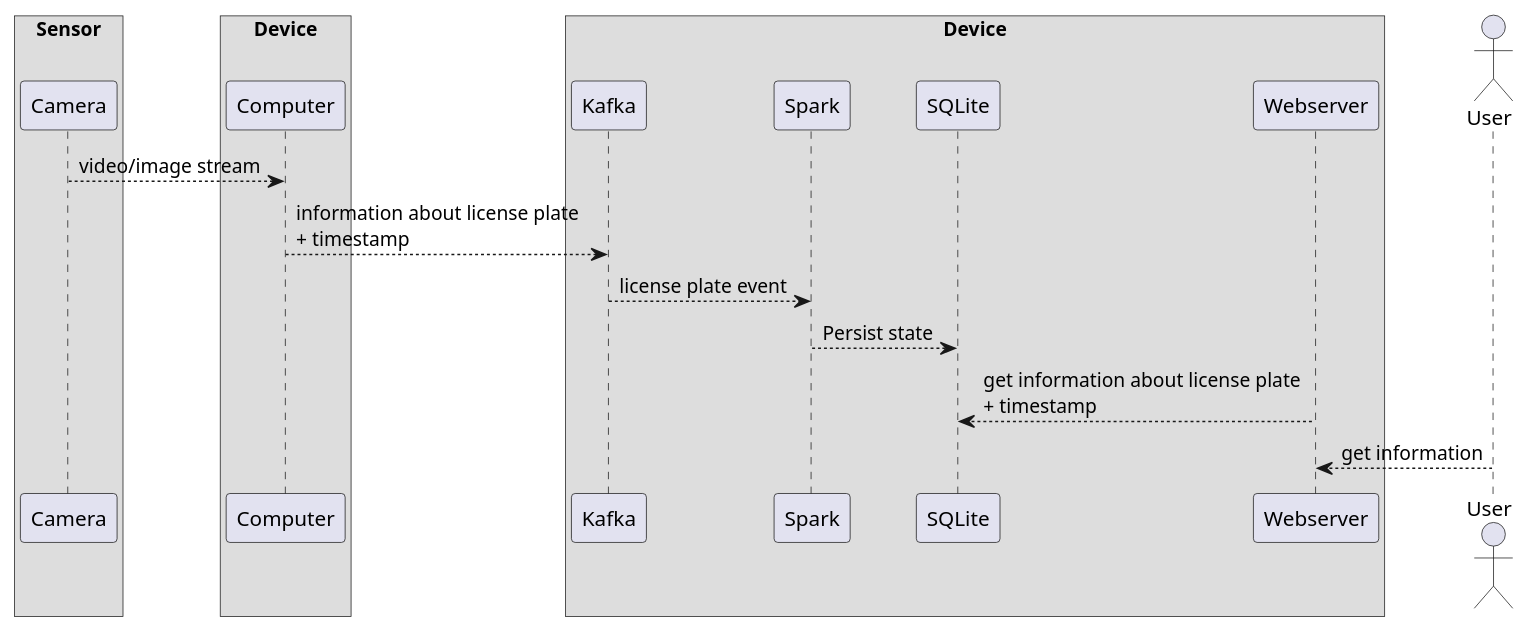
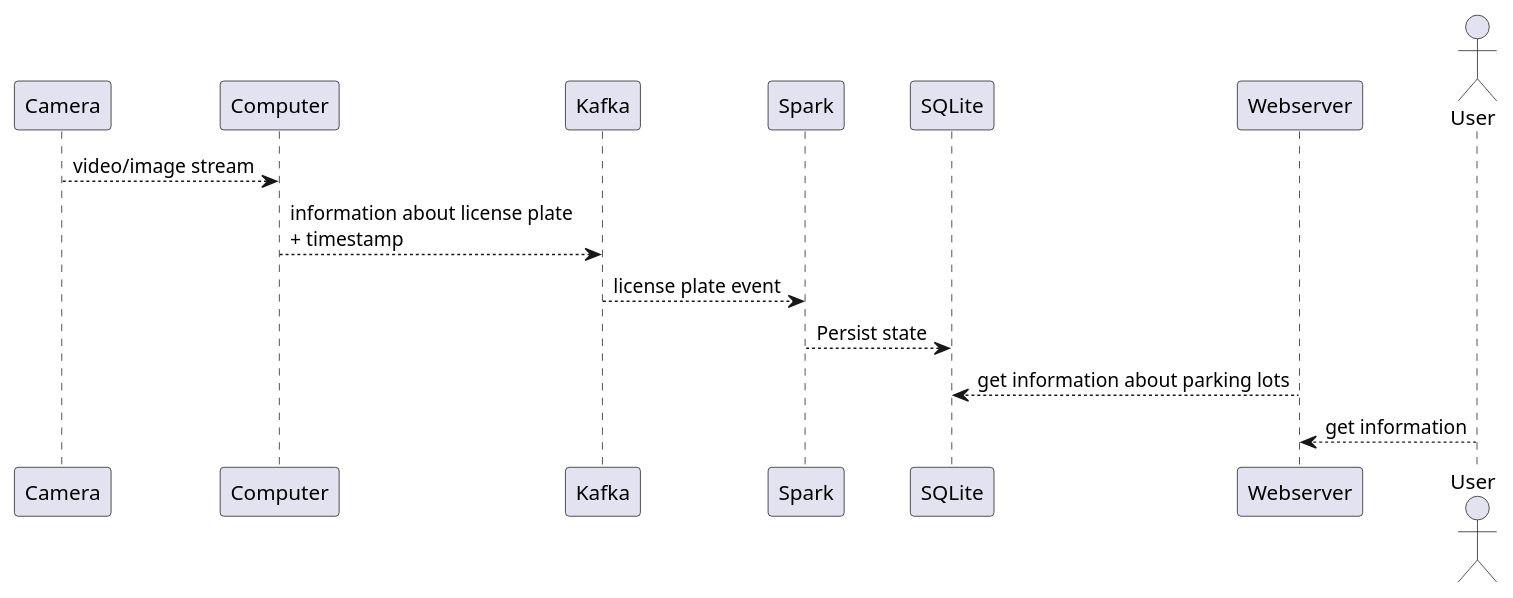
Before and after one commit to jkruke/parkpal: the diagram in diagrams/sequence.puml, drawn with PlantUML. The commit also changed 1 other file, not shown here.

Commit message:
update sequence diagram

```diff
--- a/diagrams/sequence.puml
+++ b/diagrams/sequence.puml
@@ -1,25 +1,17 @@
 @startuml
 
-box Sensor
 participant Camera
-end box
-box Device
 participant Computer
-end box
-box Cloud
-end box
-box Device
 participant Kafka
 participant Spark
 participant SQLite
 participant Webserver
-end box
 
 Camera --> Computer : video/image stream
 Computer --> Kafka : information about license plate \n+ timestamp
 Kafka --> Spark : license plate event
 Spark --> SQLite : Persist state
-SQLite <-- Webserver : get information about license plate \n+ timestamp
+SQLite <-- Webserver : get information about parking lots
 actor User
 Webserver <-- User : get information
 @enduml
```
